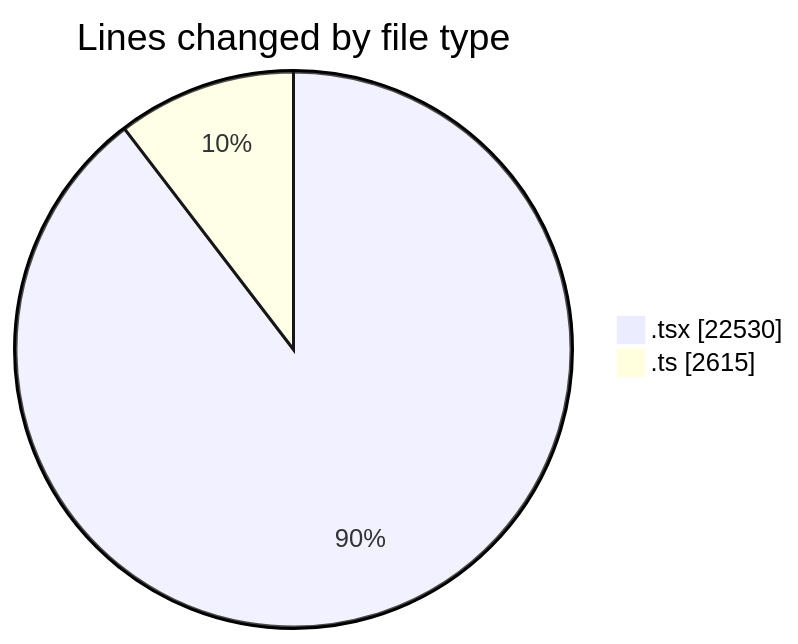
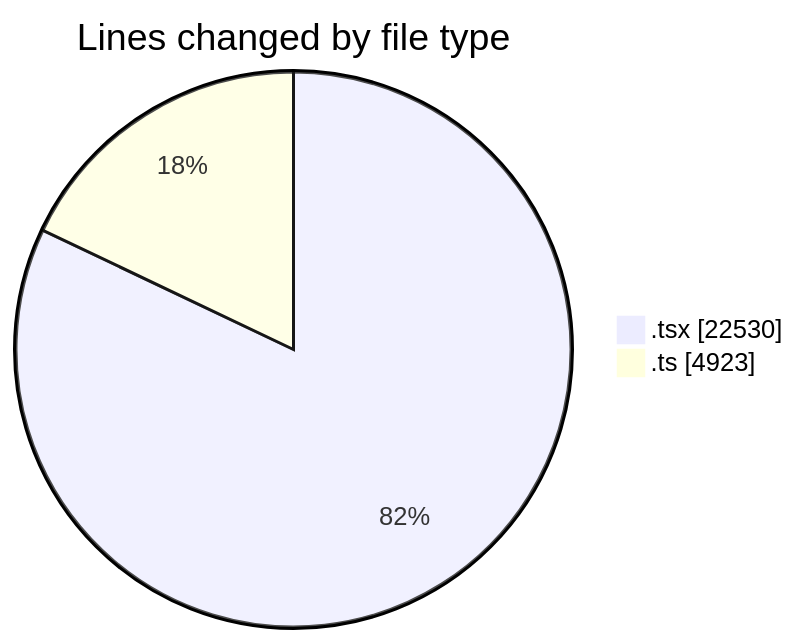
One commit to nxtqubesakshisongat/code-tracking changed the first of 2 diagrams in 2026-08-23/nxtqube_webapp/README.md. Above: the diagram before and after it, drawn with Mermaid. The commit also changed other lines of this file and 1 other file, not shown here.

````diff
--- a/2026-08-23/nxtqube_webapp/README.md
+++ b/2026-08-23/nxtqube_webapp/README.md
@@ -65,6 +67,6 @@
 ```mermaid
 pie showData
 title Lines changed by file type
 ".tsx" : 22530
-".ts" : 2615
+".ts" : 4923
 ```
````
